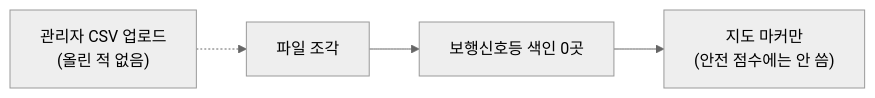
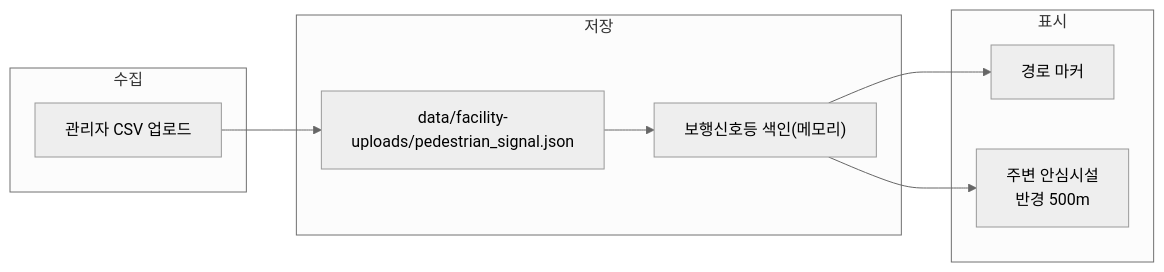
Before and after one commit to soo-ai-agent/bueongi-backend: the diagram in docs/safety-spots/pedestrian-signal.md, drawn with Mermaid (neutral theme). The commit also changed other lines of this file and 7 other files, not shown here.

First line of the commit message:
docs(backend): 안심시설 문서 8개를 실제 CSV 필드와 수집-저장-표시 흐름 중심으로 다시 씀

````diff
--- a/docs/safety-spots/pedestrian-signal.md
+++ b/docs/safety-spots/pedestrian-signal.md
@@ -13,6 +35,16 @@
 ```mermaid
 flowchart LR
-    UP["관리자 CSV 업로드<br/>(올린 적 없음)"] -.-> FILE["파일 조각"]
-    FILE --> IDX["보행신호등 색인 0곳"]
-    IDX --> USE["지도 마커만<br/>(안전 점수에는 안 씀)"]
+    subgraph 수집
+        A["관리자 CSV 업로드"]
+    end
+    subgraph 저장
+        B["data/facility-uploads/pedestrian_signal.json"] --> C["보행신호등 색인(메모리)"]
+    end
+    subgraph 표시
+        E1["경로 마커"]
+        E2["주변 안심시설<br/>반경 500m"]
+    end
+    A --> B
+    C --> E1
+    C --> E2
 ```
````
